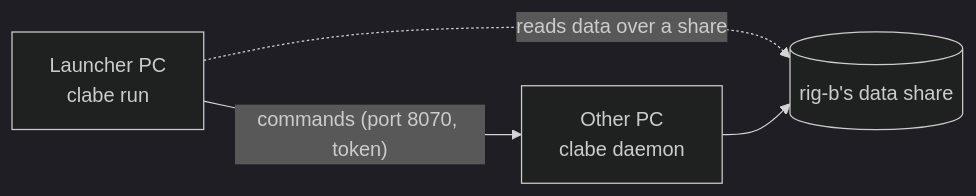
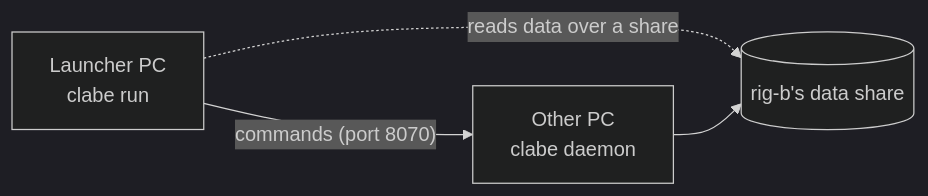
One commit to AllenNeuralDynamics/clabe changed the diagram in docs/articles/remote_execution.md. Above: the diagram before and after it, drawn with Mermaid (dark theme). The commit also changed other lines of this file and 13 other files, not shown here.

````diff
--- a/docs/articles/remote_execution.md
+++ b/docs/articles/remote_execution.md
@@ -5,6 +5,6 @@
 ```mermaid
 flowchart LR
-    L["Launcher PC<br/>clabe run"] -- "commands (port 8070, token)" --> D["Other PC<br/>clabe daemon"]
+    L["Launcher PC<br/>clabe run"] -- "commands (port 8070)" --> D["Other PC<br/>clabe daemon"]
     L -. "reads data over a share" .-> S[("rig-b's data share")]
     D --> S
 ```
````
